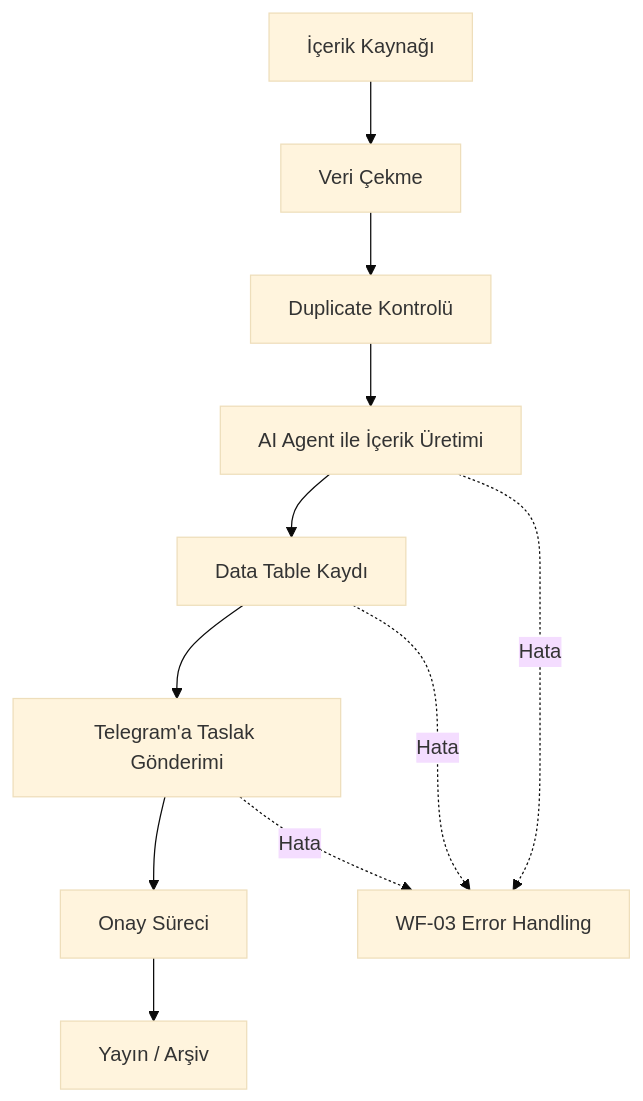
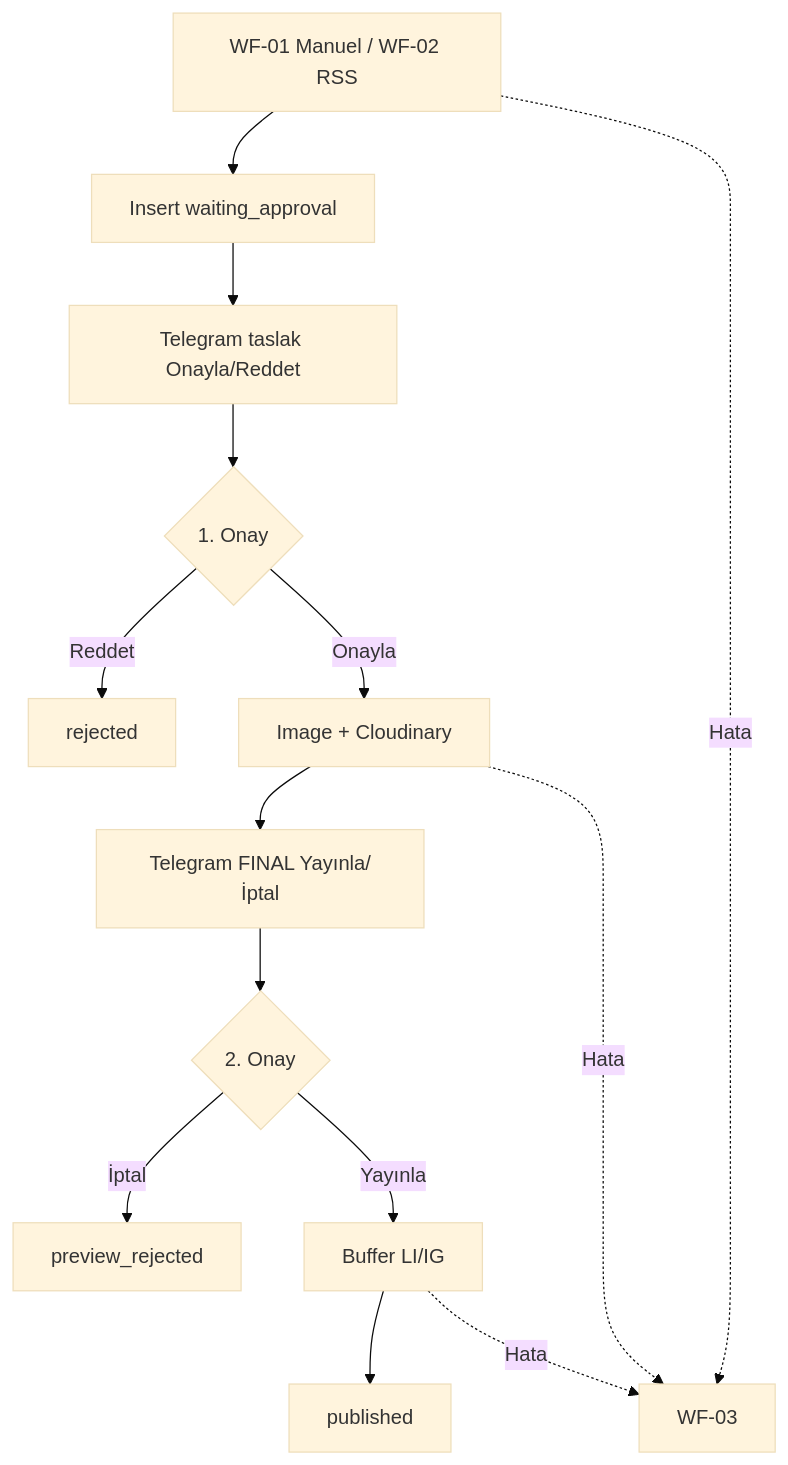
One commit to mustafaxln/social-media-agent changed the first of 6 diagrams in docs/akis-semasi.md. Above: the diagram before and after it, drawn with Mermaid (base theme). The commit also changed other lines of this file and 25 other files, not shown here.

````diff
--- a/docs/akis-semasi.md
+++ b/docs/akis-semasi.md
@@ -5,13 +5,16 @@
 ```mermaid
 flowchart TD
-    A[İçerik Kaynağı] --> B[Veri Çekme]
-    B --> C[Duplicate Kontrolü]
-    C --> D[AI Agent ile İçerik Üretimi]
-    D --> E[Data Table Kaydı]
-    E --> F[Telegram'a Taslak Gönderimi]
-    F --> G[Onay Süreci]
-    G --> H[Yayın / Arşiv]
-    D -.->|Hata| E3[WF-03 Error Handling]
+    A[WF-01 Manuel / WF-02 RSS] --> B[Insert waiting_approval]
+    B --> C[Telegram taslak Onayla/Reddet]
+    C --> D{1. Onay}
+    D -->|Reddet| R[rejected]
+    D -->|Onayla| E[Image + Cloudinary]
+    E --> F[Telegram FINAL Yayınla/İptal]
+    F --> G{2. Onay}
+    G -->|İptal| P[preview_rejected]
+    G -->|Yayınla| H[Buffer LI/IG]
+    H --> I[published]
+    A -.->|Hata| E3[WF-03]
     E -.->|Hata| E3
-    F -.->|Hata| E3
+    H -.->|Hata| E3
 ```
````
